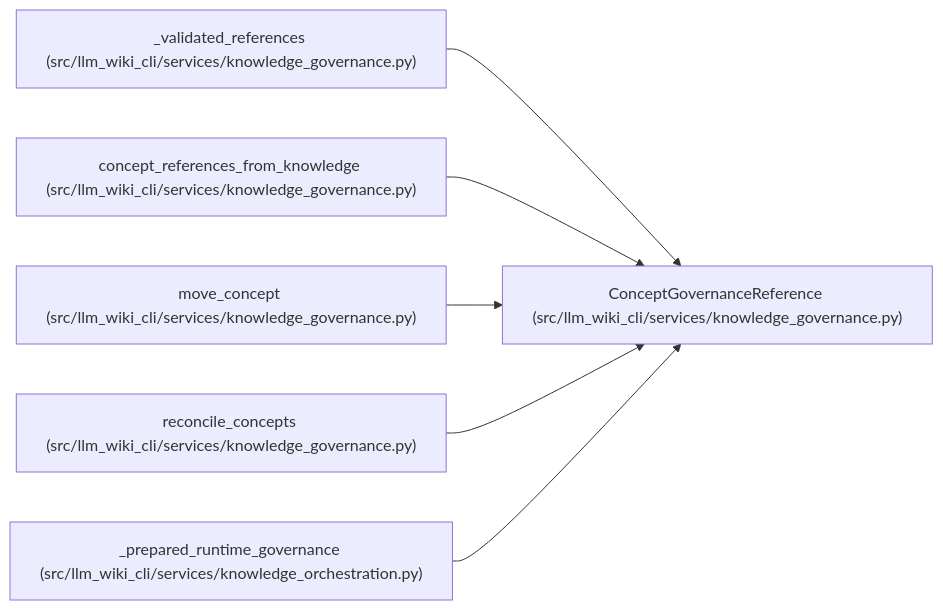
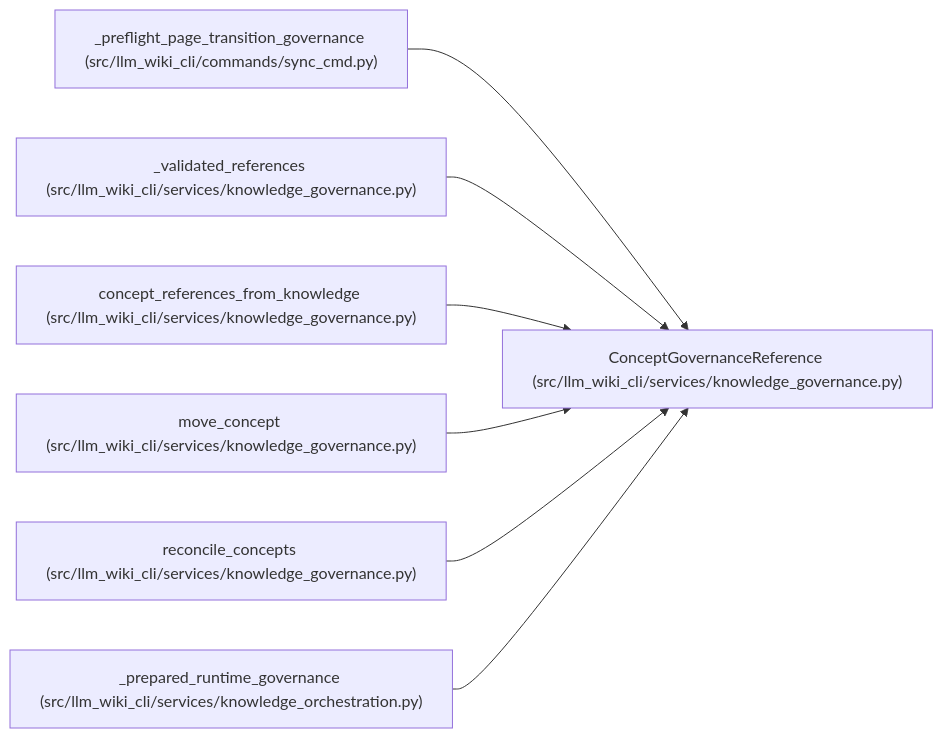
Before and after one commit to Denissvgn/python-wiki-llm: the diagram in docs/llm_wiki/entities/ConceptGovernanceReference.md, drawn with Mermaid. The commit also changed other lines of this file and 490 other files, not shown here.

First line of the commit message:
Prepare v2.3.2: preserve sync page ownership and repair missing pages (#42)

````diff
--- a/docs/llm_wiki/entities/ConceptGovernanceReference.md
+++ b/docs/llm_wiki/entities/ConceptGovernanceReference.md
@@ -29,20 +29,23 @@
 ```mermaid
 flowchart LR
     n0["ConceptGovernanceReference (src/llm_wiki_cli/services/knowledge_governance.py)"]
-    n1["_validated_references (src/llm_wiki_cli/services/knowledge_governance.py)"]
-    n2["concept_references_from_knowledge (src/llm_wiki_cli/services/knowledge_governance.py)"]
-    n3["move_concept (src/llm_wiki_cli/services/knowledge_governance.py)"]
-    n4["reconcile_concepts (src/llm_wiki_cli/services/knowledge_governance.py)"]
-    n5["_prepared_runtime_governance (src/llm_wiki_cli/services/knowledge_orchestration.py)"]
+    n1["_preflight_page_transition_governance (src/llm_wiki_cli/commands/sync_cmd.py)"]
+    n2["_validated_references (src/llm_wiki_cli/services/knowledge_governance.py)"]
+    n3["concept_references_from_knowledge (src/llm_wiki_cli/services/knowledge_governance.py)"]
+    n4["move_concept (src/llm_wiki_cli/services/knowledge_governance.py)"]
+    n5["reconcile_concepts (src/llm_wiki_cli/services/knowledge_governance.py)"]
+    n6["_prepared_runtime_governance (src/llm_wiki_cli/services/knowledge_orchestration.py)"]
     n1 --> n0
     n2 --> n0
     n3 --> n0
     n4 --> n0
     n5 --> n0
+    n6 --> n0
     click n0 "../modules/knowledge_governance.md"
-    click n1 "../modules/knowledge_governance.md"
+    click n1 "../modules/sync_cmd.md"
     click n2 "../modules/knowledge_governance.md"
     click n3 "../modules/knowledge_governance.md"
     click n4 "../modules/knowledge_governance.md"
-    click n5 "../modules/knowledge_orchestration.md"
+    click n5 "../modules/knowledge_governance.md"
+    click n6 "../modules/knowledge_orchestration.md"
 ```
````
